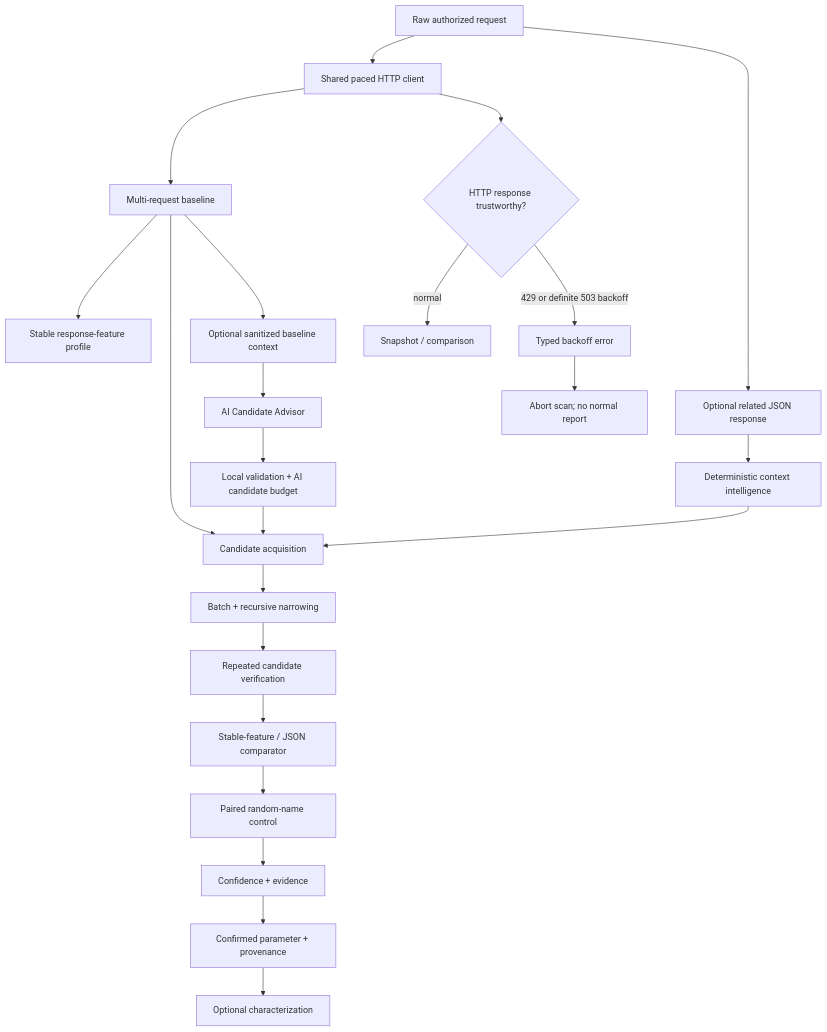
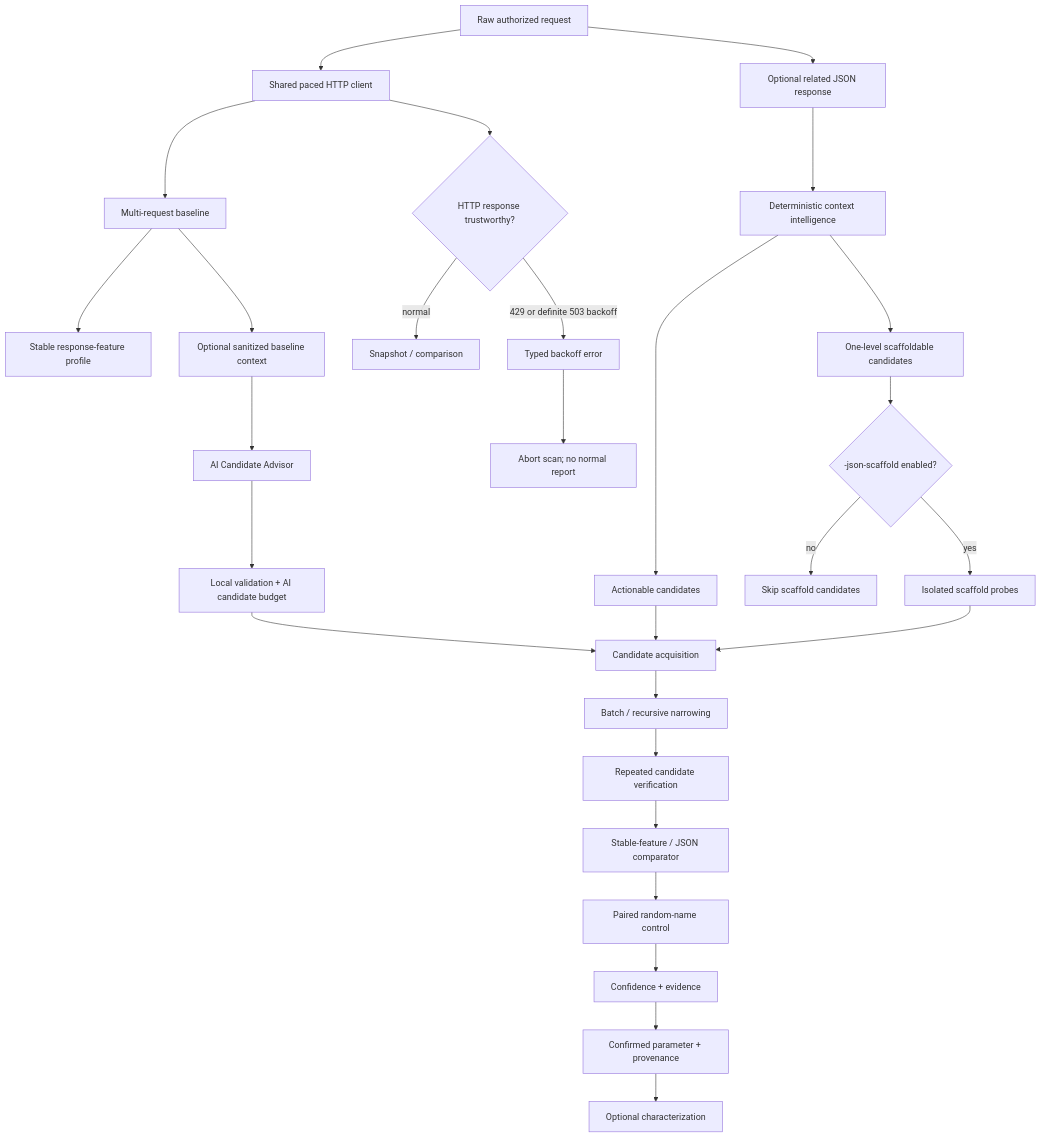
The diagram in README.md (tobiasGuta/ParamIntel), drawn with Mermaid before and after one commit. The commit also changed other lines of this file and 5 other files, not shown here.

````diff
--- a/README.md
+++ b/README.md
@@ -75,29 +164,34 @@
 ```mermaid
 flowchart TD
     A["Raw authorized request"] --> B["Shared paced HTTP client"]
     A --> C["Optional related JSON response"]
     C --> D["Deterministic context intelligence"]
+    D --> E["Actionable candidates"]
+    D --> F["One-level scaffoldable candidates"]
+    F --> G{"-json-scaffold enabled?"}
+    G -->|no| H["Skip scaffold candidates"]
+    G -->|yes| I["Isolated scaffold probes"]
 
-    B --> E["Multi-request baseline"]
-    E --> F["Stable response-feature profile"]
-    E --> G["Candidate acquisition"]
-    D --> G
+    B --> J["Multi-request baseline"]
+    J --> K["Stable response-feature profile"]
+    E --> L["Candidate acquisition"]
+    I --> L
 
-    E --> H["Optional sanitized baseline context"]
-    H --> I["AI Candidate Advisor"]
-    I --> J["Local validation + AI candidate budget"]
-    J --> G
+    J --> M["Optional sanitized baseline context"]
+    M --> N["AI Candidate Advisor"]
+    N --> O["Local validation + AI candidate budget"]
+    O --> L
 
-    G --> K["Batch + recursive narrowing"]
-    K --> L["Repeated candidate verification"]
-    L --> M["Stable-feature / JSON comparator"]
-    M --> N["Paired random-name control"]
-    N --> O["Confidence + evidence"]
-    O --> P["Confirmed parameter + provenance"]
-    P --> Q["Optional characterization"]
+    L --> P["Batch / recursive narrowing"]
+    P --> Q["Repeated candidate verification"]
+    Q --> R["Stable-feature / JSON comparator"]
+    R --> S["Paired random-name control"]
+    S --> T["Confidence + evidence"]
+    T --> U["Confirmed parameter + provenance"]
+    U --> V["Optional characterization"]
 
-    B --> R{"HTTP response trustworthy?"}
-    R -->|normal| S["Snapshot / comparison"]
-    R -->|429 or definite 503 backoff| T["Typed backoff error"]
-    T --> U["Abort scan; no normal report"]
+    B --> W{"HTTP response trustworthy?"}
+    W -->|normal| X["Snapshot / comparison"]
+    W -->|429 or definite 503 backoff| Y["Typed backoff error"]
+    Y --> Z["Abort scan; no normal report"]
 ```
````
